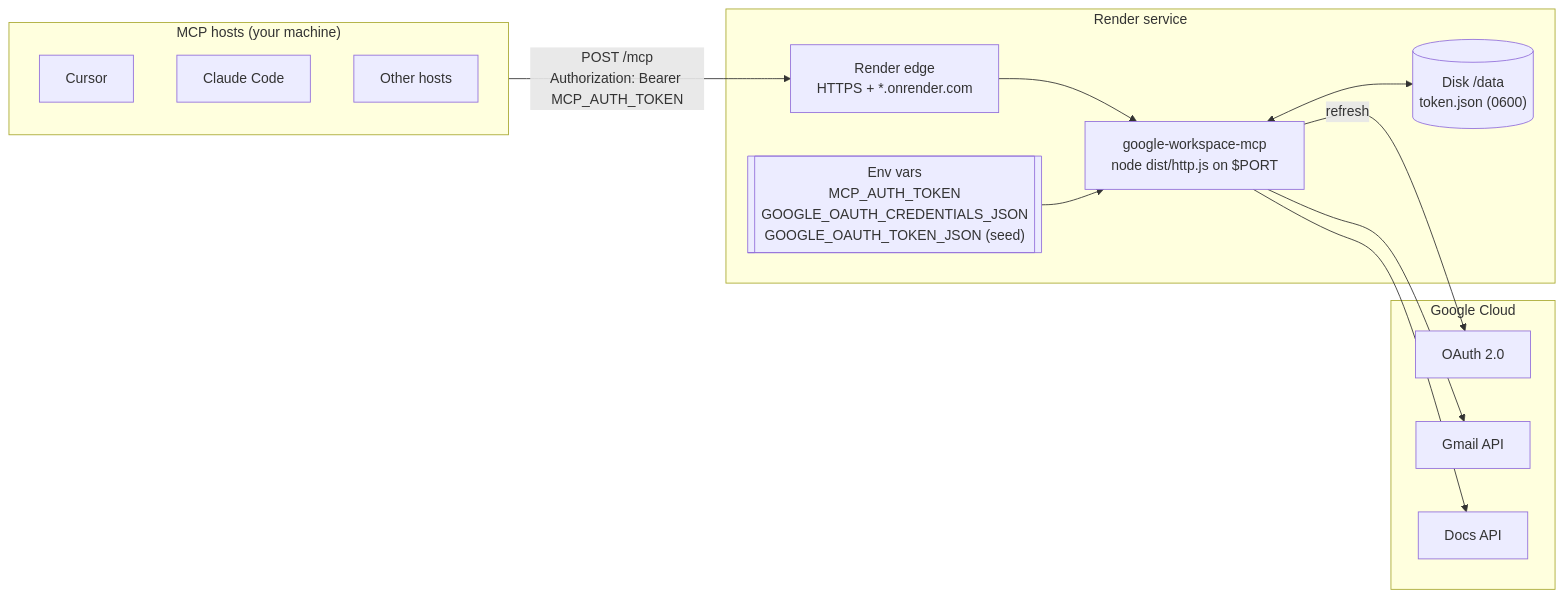
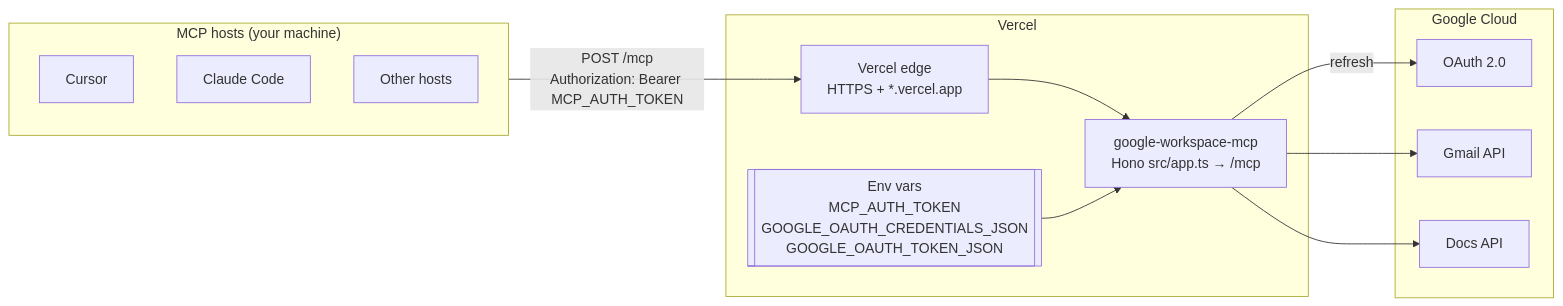
Before and after one commit to saksham20189575/mcp-server-6: the diagram in docs/deployment-plan.md, drawn with Mermaid. The commit also changed other lines of this file and 10 other files, not shown here.

````diff
--- a/docs/deployment-plan.md
+++ b/docs/deployment-plan.md
@@ -27,26 +27,24 @@
 ```mermaid
 flowchart LR
     subgraph Hosts["MCP hosts (your machine)"]
         Cursor
         ClaudeCode["Claude Code"]
         Other["Other hosts"]
     end
-    subgraph Render["Render service"]
-        Edge["Render edge<br/>HTTPS + *.onrender.com"]
-        Svc["google-workspace-mcp<br/>node dist/http.js on $PORT"]
-        Vol[("Disk /data<br/>token.json (0600)")]
-        Vars[["Env vars<br/>MCP_AUTH_TOKEN<br/>GOOGLE_OAUTH_CREDENTIALS_JSON<br/>GOOGLE_OAUTH_TOKEN_JSON (seed)"]]
+    subgraph Vercel["Vercel"]
+        Edge["Vercel edge<br/>HTTPS + *.vercel.app"]
+        Fn["google-workspace-mcp<br/>Hono src/app.ts → /mcp"]
+        Vars[["Env vars<br/>MCP_AUTH_TOKEN<br/>GOOGLE_OAUTH_CREDENTIALS_JSON<br/>GOOGLE_OAUTH_TOKEN_JSON"]]
     end
     subgraph Google["Google Cloud"]
         OAuth["OAuth 2.0"]
         Gmail["Gmail API"]
         Docs["Docs API"]
     end
 
-    Hosts -->|"POST /mcp<br/>Authorization: Bearer MCP_AUTH_TOKEN"| Edge --> Svc
-    Vars --> Svc
-    Svc <--> Vol
-    Svc -->|refresh| OAuth
-    Svc --> Gmail
-    Svc --> Docs
+    Hosts -->|"POST /mcp<br/>Authorization: Bearer MCP_AUTH_TOKEN"| Edge --> Fn
+    Vars --> Fn
+    Fn -->|refresh| OAuth
+    Fn --> Gmail
+    Fn --> Docs
 ```
````
